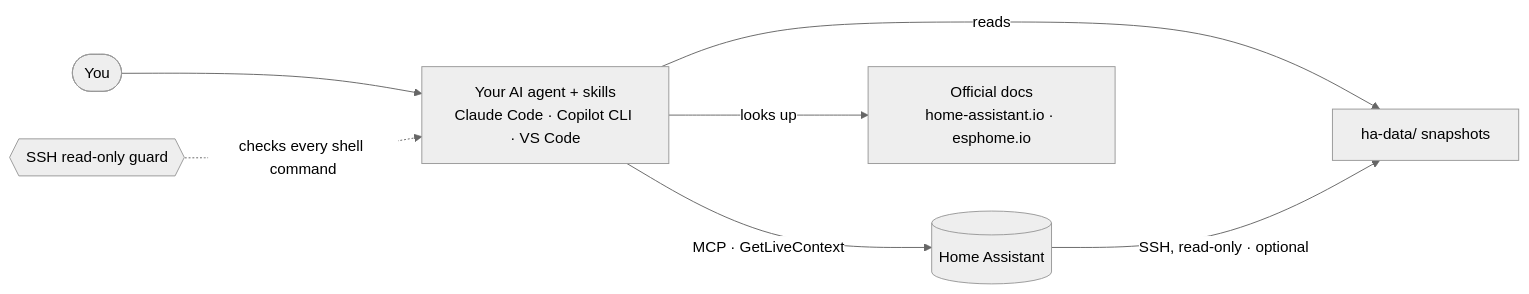
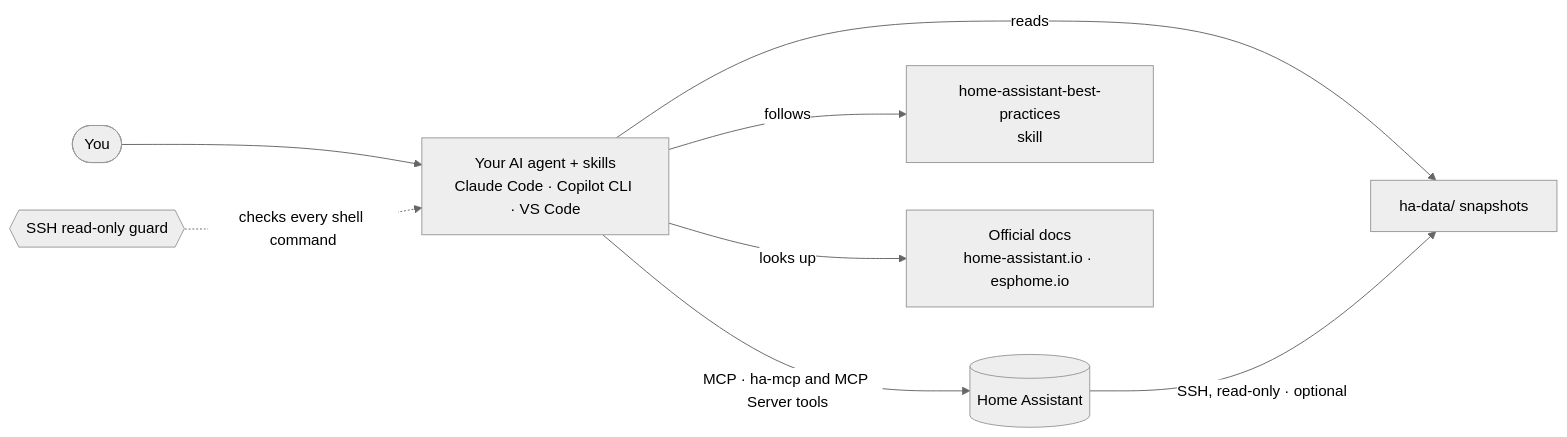
One commit to calexandre/homeassistant-assistant changed the diagram in README.md. Above: the diagram before and after it, drawn with Mermaid (neutral theme). The commit also changed other lines of this file and 13 other files, not shown here.

Commit message:
feat!: make the plugin a companion to ha-mcp and the best-practices skill

````diff
--- a/README.md
+++ b/README.md
@@ -55,9 +53,10 @@
 ```mermaid
 flowchart LR
   user([You]) --> agent["Your AI agent + skills<br/>Claude Code · Copilot CLI · VS Code"]
-  agent -->|"MCP · GetLiveContext"| ha[("Home Assistant")]
+  agent -->|"MCP · ha-mcp and MCP Server tools"| ha[("Home Assistant")]
+  agent -->|"follows"| bp["home-assistant-best-practices<br/>skill"]
   agent -->|"looks up"| docs["Official docs<br/>home-assistant.io · esphome.io"]
   agent -->|"reads"| snap["ha-data/ snapshots"]
   ha -->|"SSH, read-only · optional"| snap
   guard{{"SSH read-only guard"}} -.->|"checks every shell command"| agent
 ```
````
